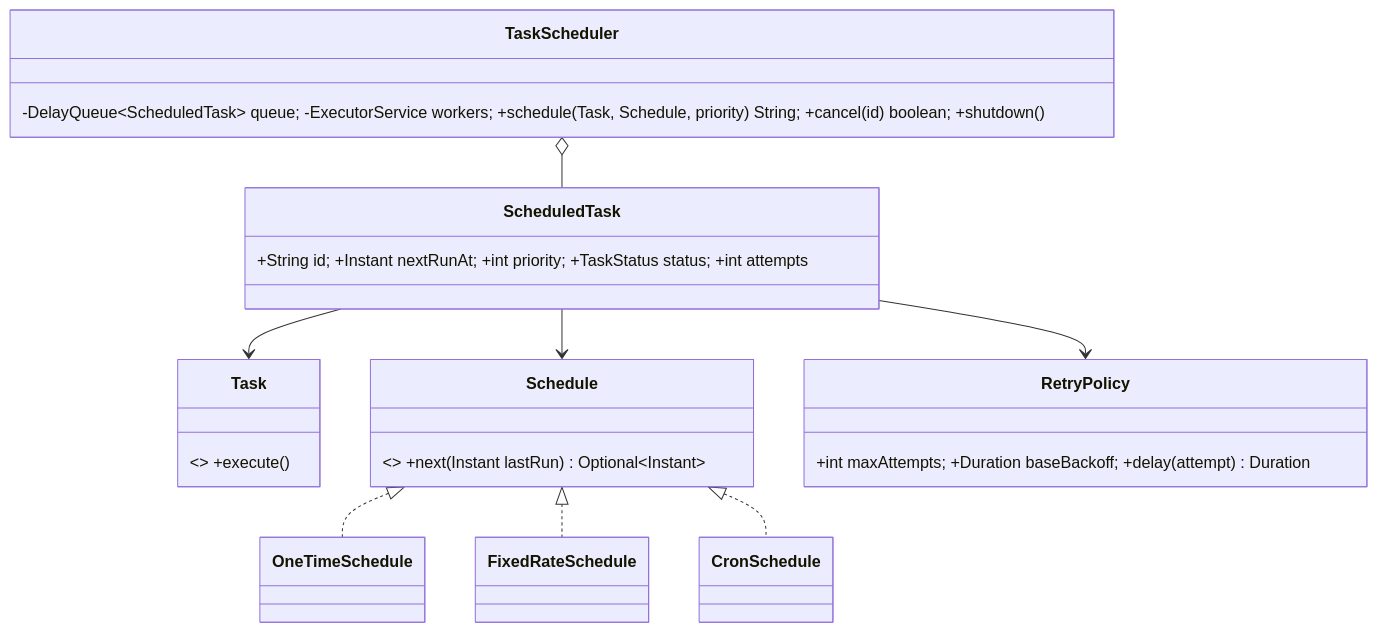
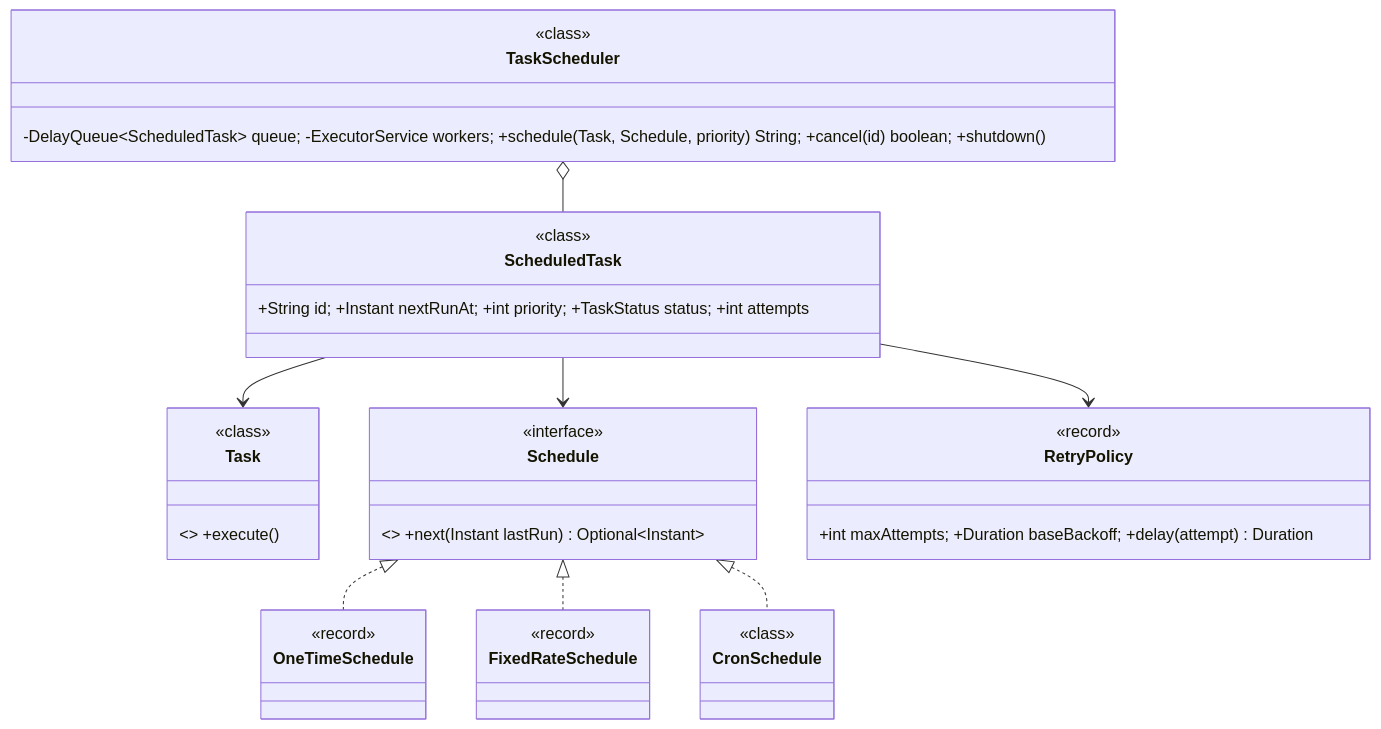
One commit to amarkum/amarkumar.guru changed the first of 2 diagrams in system-design/lld/10-task-scheduler.md. Above: the diagram before and after it, drawn with Mermaid. The commit also changed 27 other files, not shown here.

Commit message:
Label every UML type as interface, enumeration, abstract, record or class, add missing enums, and colour-code them.

````diff
--- a/system-design/lld/10-task-scheduler.md
+++ b/system-design/lld/10-task-scheduler.md
@@ -37,18 +37,39 @@
 ```mermaid
 classDiagram
     class Task { <<interface>> +execute() }
     class Schedule { <<interface>> +next(Instant lastRun) Optional~Instant~ }
-    class OneTimeSchedule
-    class FixedRateSchedule
-    class CronSchedule
+    class OneTimeSchedule {
+      <<record>>
+    }
+    class FixedRateSchedule {
+      <<record>>
+    }
+    class CronSchedule {
+      <<class>>
+    }
     class RetryPolicy { +int maxAttempts; +Duration baseBackoff; +delay(attempt) Duration }
     class ScheduledTask { +String id; +Instant nextRunAt; +int priority; +TaskStatus status; +int attempts }
     class TaskScheduler { -DelayQueue~ScheduledTask~ queue; -ExecutorService workers; +schedule(Task, Schedule, priority) String; +cancel(id) boolean; +shutdown() }
     Schedule <|.. OneTimeSchedule
     Schedule <|.. FixedRateSchedule
     Schedule <|.. CronSchedule
     ScheduledTask --> Task
     ScheduledTask --> Schedule
     ScheduledTask --> RetryPolicy
     TaskScheduler o-- ScheduledTask
+    class ScheduledTask {
+      <<class>>
+    }
+    class RetryPolicy {
+      <<record>>
+    }
+    class TaskScheduler {
+      <<class>>
+    }
+    class Schedule {
+      <<interface>>
+    }
+    class Task {
+      <<class>>
+    }
 ```
````
